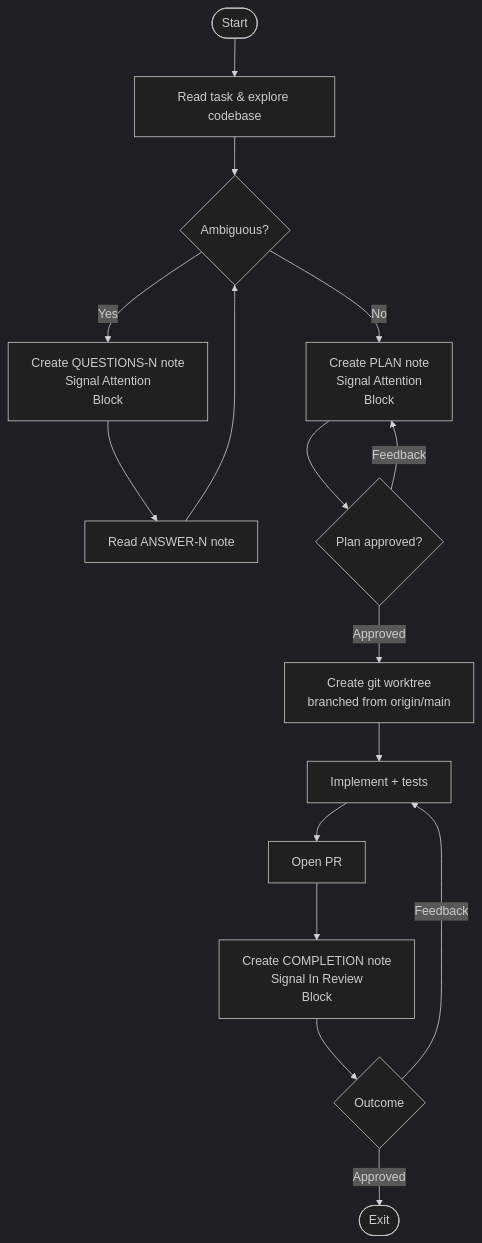
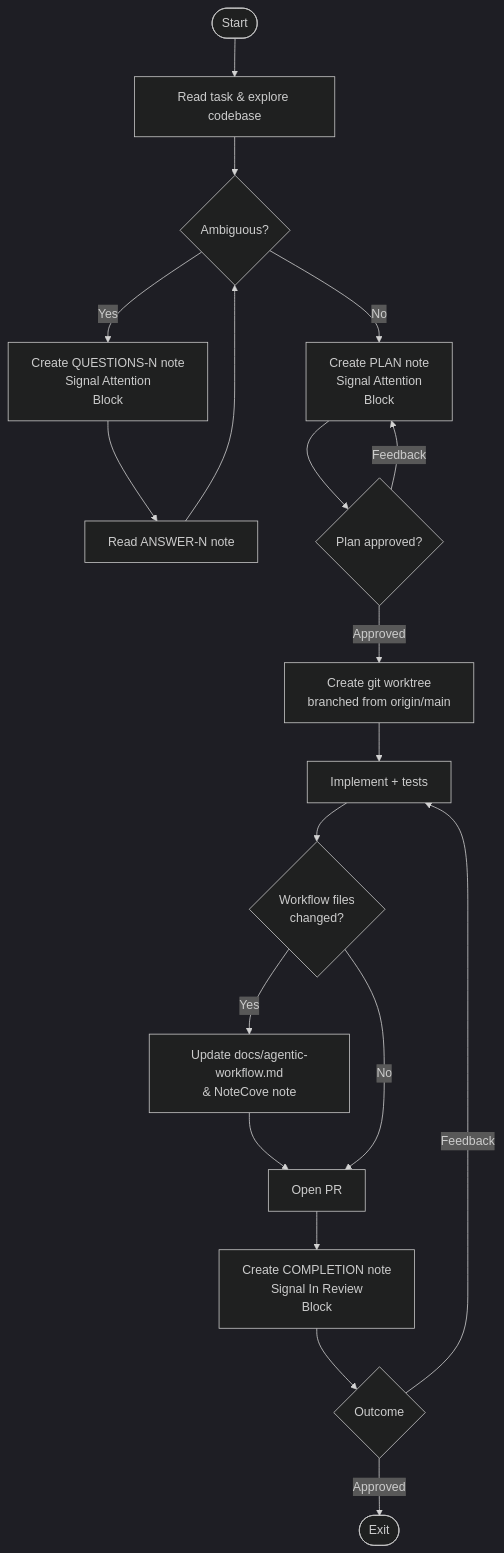
The fifth of 11 diagrams in docs/agentic-workflow.md (gara2000/agentmesh), drawn with Mermaid (dark theme) before and after one commit.

Commit message:
docs(worker): show workflow docs update step in worker flowchart [WORK-vs9]
- Update Normal Worker flowchart to show the new conditional step 4c:
  if workflow-defining files changed, update docs/agentic-workflow.md

````diff
--- a/docs/agentic-workflow.md
+++ b/docs/agentic-workflow.md
@@ -115,18 +115,21 @@
 ```mermaid
 flowchart TD
     A([Start]) --> B[Read task & explore codebase]
     B --> C{Ambiguous?}
     C -->|Yes| D[Create QUESTIONS-N note\nSignal Attention\nBlock]
     D --> E[Read ANSWER-N note]
     E --> C
     C -->|No| F[Create PLAN note\nSignal Attention\nBlock]
     F --> G{Plan approved?}
     G -->|Feedback| F
     G -->|Approved| H[Create git worktree\nbranched from origin/main]
     H --> I[Implement + tests]
-    I --> J[Open PR]
+    I --> I2{Workflow files\nchanged?}
+    I2 -->|Yes| I3[Update docs/agentic-workflow.md\n& NoteCove note]
+    I3 --> J[Open PR]
+    I2 -->|No| J
     J --> K[Create COMPLETION note\nSignal In Review\nBlock]
     K --> L{Outcome}
     L -->|Approved| M([Exit])
     L -->|Feedback| I
 ```
````
